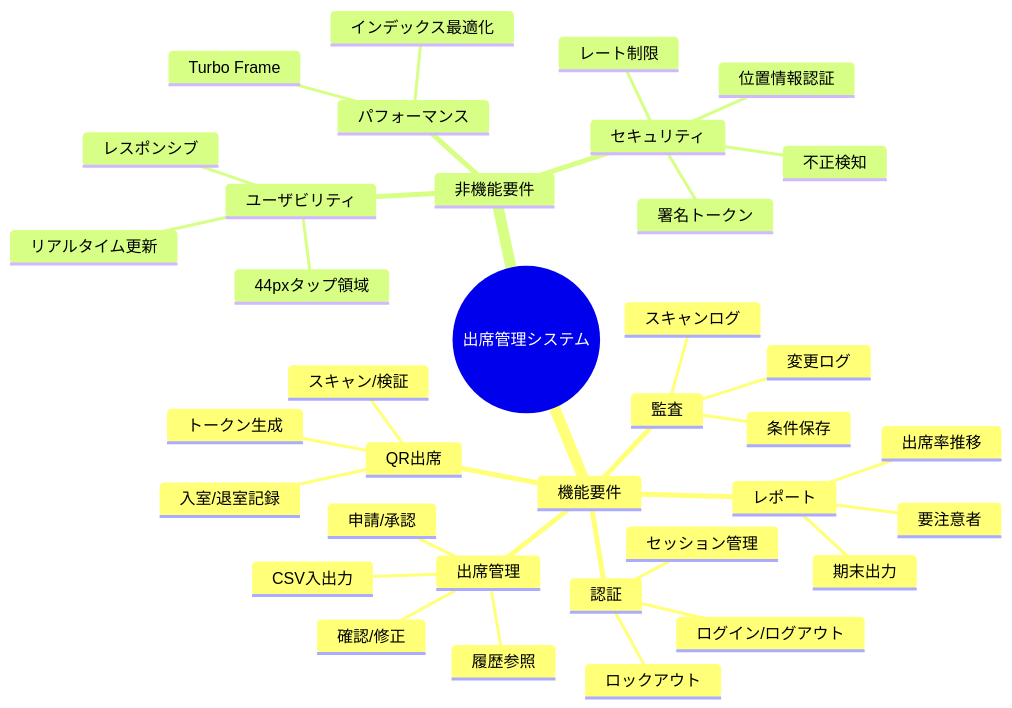
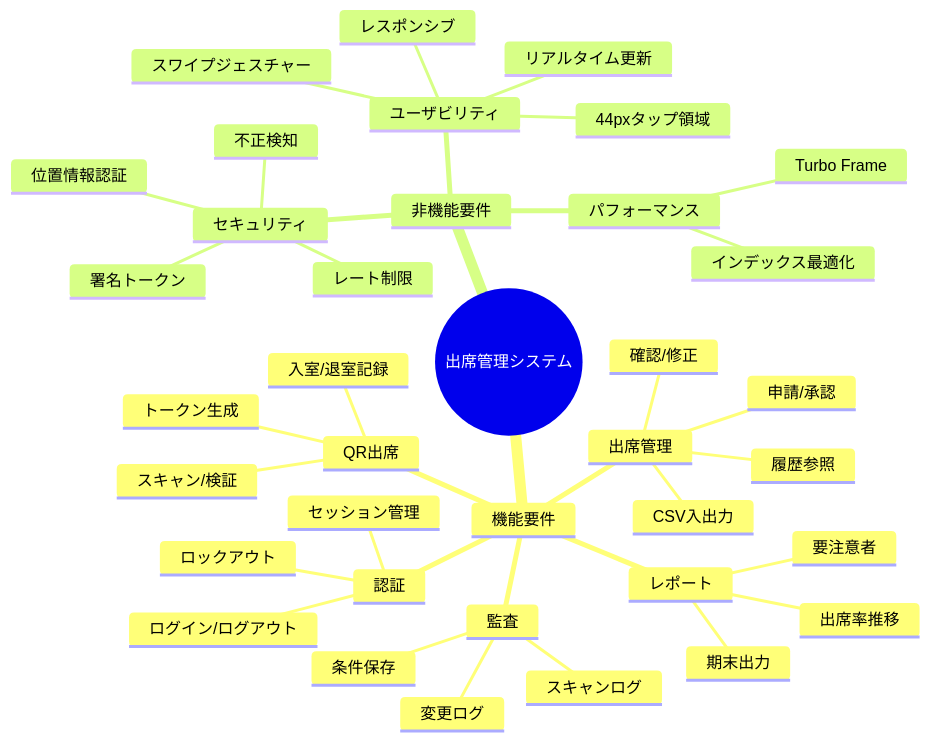
Before and after one commit to syusyusyusyu/Attendance: the fifth of 12 diagrams in README.md, drawn with Mermaid. The commit also changed other lines of this file and 1 other file, not shown here.

````diff
--- a/README.md
+++ b/README.md
@@ -372,39 +373,40 @@
 ```mermaid
 mindmap
   root((出席管理システム))
     機能要件
       認証
         ログイン/ログアウト
         ロックアウト
         セッション管理
       QR出席
         トークン生成
         スキャン/検証
         入室/退室記録
       出席管理
         履歴参照
         確認/修正
         CSV入出力
         申請/承認
       監査
         スキャンログ
         変更ログ
         条件保存
       レポート
         出席率推移
         要注意者
         期末出力
     非機能要件
       セキュリティ
         署名トークン
         位置情報認証
         レート制限
         不正検知
       パフォーマンス
         Turbo Frame
         インデックス最適化
       ユーザビリティ
         レスポンシブ
         44pxタップ領域
         リアルタイム更新
+        スワイプジェスチャー
 ```
````
